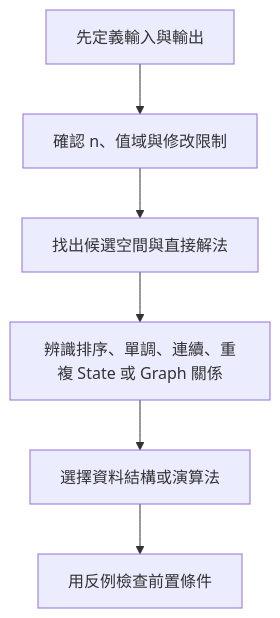
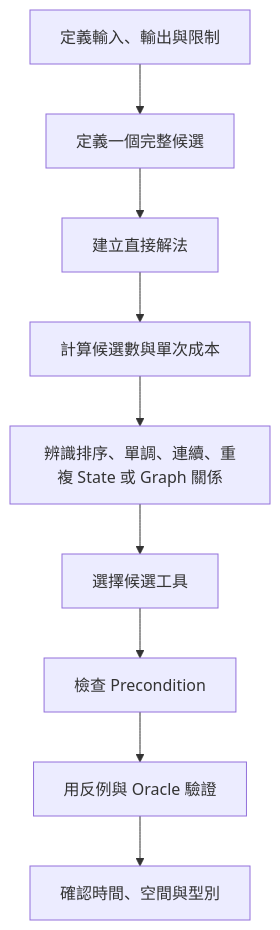
Before and after one commit to davidchen0970/algorithm_note: the first of 8 diagrams in 15_appendices/F_solution_selection_cheatsheet.md, drawn with Mermaid. The commit also changed other lines of this file, not shown here.

````diff
--- a/15_appendices/F_solution_selection_cheatsheet.md
+++ b/15_appendices/F_solution_selection_cheatsheet.md
@@ -7,8 +18,11 @@
 ```mermaid
 flowchart TD
-    A[先定義輸入與輸出] --> B[確認 n、值域與修改限制]
-    B --> C[找出候選空間與直接解法]
-    C --> D[辨識排序、單調、連續、重複 State 或 Graph 關係]
-    D --> E[選擇資料結構或演算法]
-    E --> F[用反例檢查前置條件]
+    A[定義輸入、輸出與限制] --> B[定義一個完整候選]
+    B --> C[建立直接解法]
+    C --> D[計算候選數與單次成本]
+    D --> E[辨識排序、單調、連續、重複 State 或 Graph 關係]
+    E --> F[選擇候選工具]
+    F --> G[檢查 Precondition]
+    G --> H[用反例與 Oracle 驗證]
+    H --> I[確認時間、空間與型別]
 ```
````
